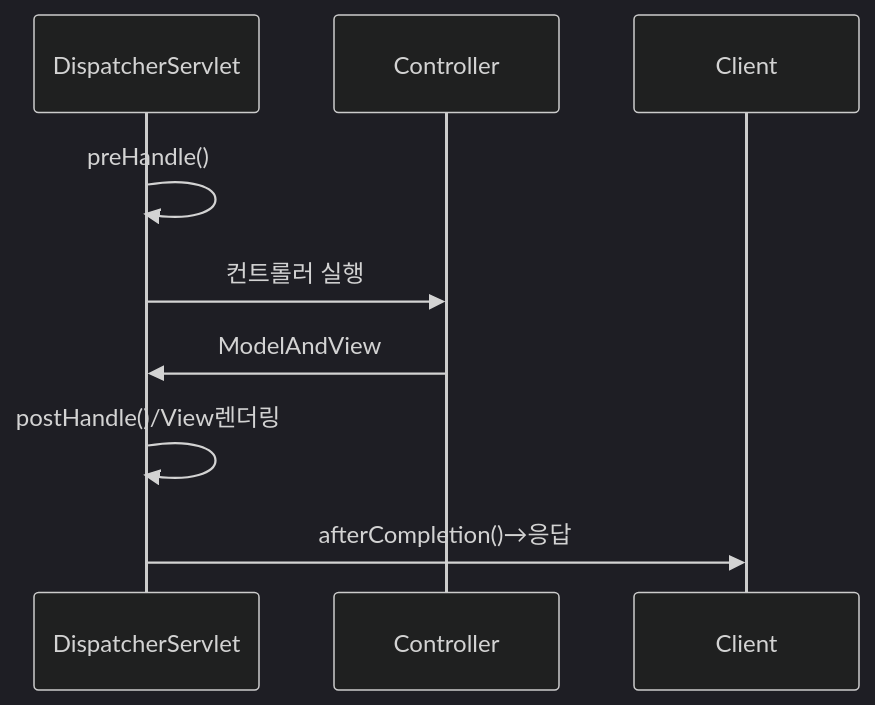
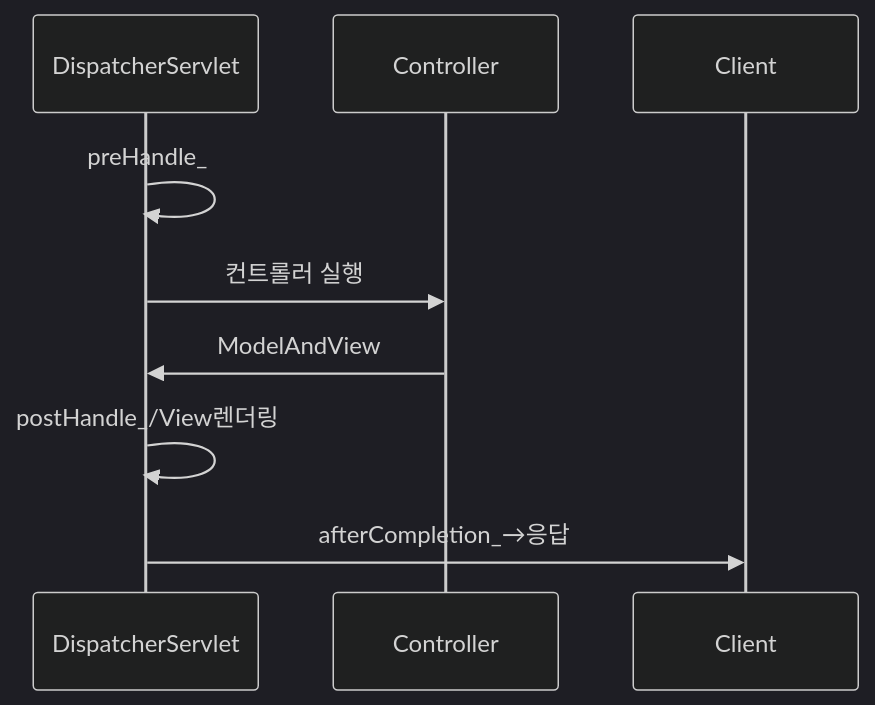
The third of 6 diagrams in _posts/spring/2026-05-01-spring-mvc.md (yjkim2015/yjkim2015.github.io), drawn with Mermaid (dark theme) before and after one commit. The commit also changed 85 other files, not shown here.

First line of the commit message:
sequenceDiagram 문법 에러 2차 수정 169개 (86파일)

````diff
--- a/_posts/spring/2026-05-01-spring-mvc.md
+++ b/_posts/spring/2026-05-01-spring-mvc.md
@@ -57,8 +57,8 @@
 ```mermaid
 sequenceDiagram
-    DispatcherServlet->>DispatcherServlet: preHandle()
+    DispatcherServlet->>DispatcherServlet: preHandle_
     DispatcherServlet->>Controller: 컨트롤러 실행
     Controller->>DispatcherServlet: ModelAndView
-    DispatcherServlet->>DispatcherServlet: postHandle()/View렌더링
-    DispatcherServlet->>Client: afterCompletion()→응답
+    DispatcherServlet->>DispatcherServlet: postHandle_/View렌더링
+    DispatcherServlet->>Client: afterCompletion_→응답
 ```
````
